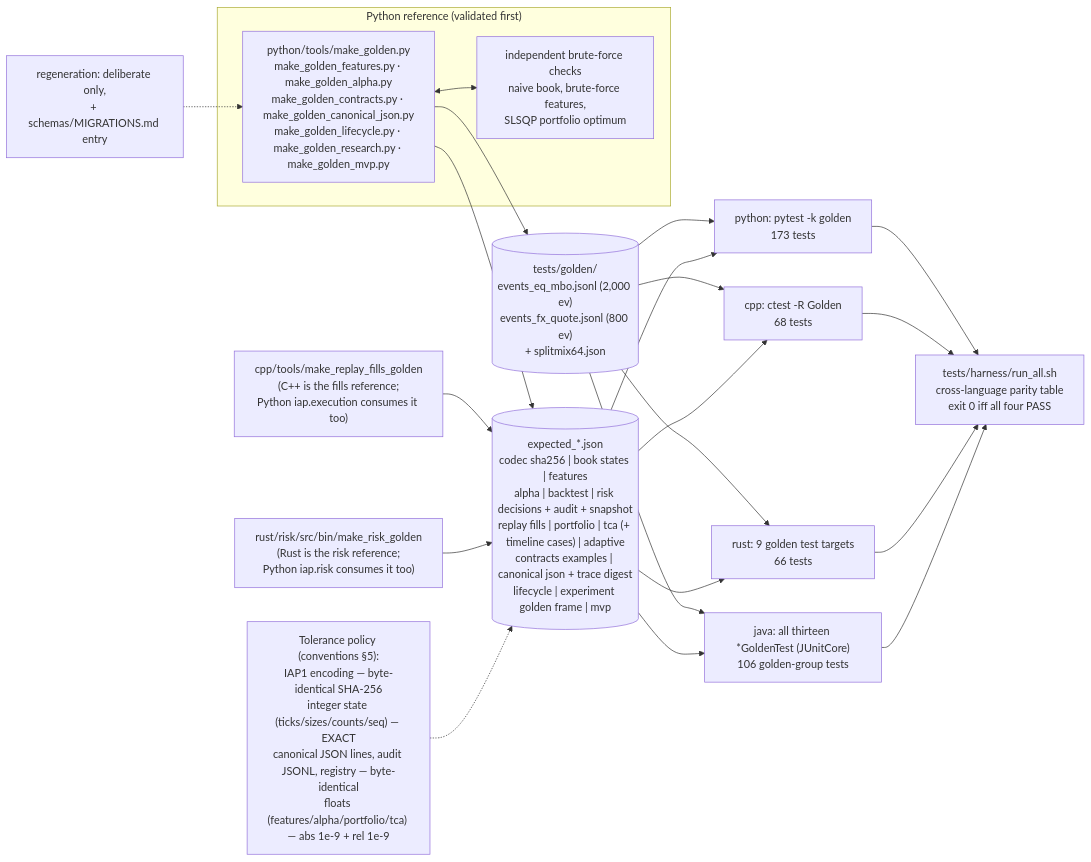
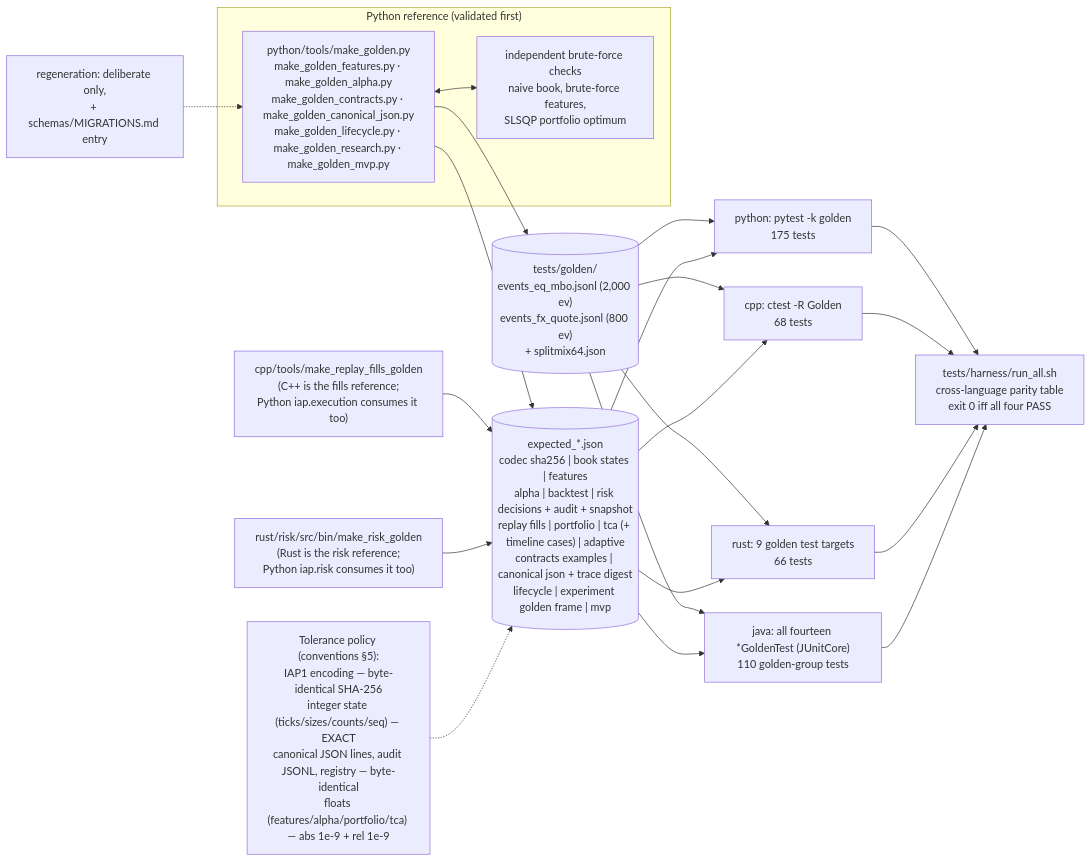
Before and after one commit to AshJha0/intraday-alpha-platform: the diagram in docs/diagrams/golden_topology.mmd, drawn with Mermaid. The commit also changed 40 other files, not shown here.

```diff
--- a/docs/diagrams/golden_topology.mmd
+++ b/docs/diagrams/golden_topology.mmd
@@ -1,24 +1,24 @@
 flowchart LR
     subgraph REF["Python reference (validated first)"]
         MG["python/tools/make_golden.py<br/>make_golden_features.py · make_golden_alpha.py<br/>make_golden_contracts.py · make_golden_canonical_json.py<br/>make_golden_lifecycle.py · make_golden_research.py · make_golden_mvp.py"]
         BF["independent brute-force checks<br/>naive book, brute-force features,<br/>SLSQP portfolio optimum"]
         MG <--> BF
     end
     MG --> GV[("tests/golden/<br/>events_eq_mbo.jsonl (2,000 ev)<br/>events_fx_quote.jsonl (800 ev)<br/>+ splitmix64.json")]
     MG --> EXP[("expected_*.json<br/>codec sha256 | book states | features<br/>alpha | backtest | risk decisions + audit + snapshot<br/>replay fills | portfolio | tca (+ timeline cases) | adaptive<br/>contracts examples | canonical json + trace digest<br/>lifecycle | experiment golden frame | mvp")]
     CPPTOOL["cpp/tools/make_replay_fills_golden<br/>(C++ is the fills reference;<br/>Python iap.execution consumes it too)"] --> EXP
     RSTOOL["rust/risk/src/bin/make_risk_golden<br/>(Rust is the risk reference;<br/>Python iap.risk consumes it too)"] --> EXP
-    GV --> PY["python: pytest -k golden<br/>173 tests"]
+    GV --> PY["python: pytest -k golden<br/>175 tests"]
     GV --> CPP["cpp: ctest -R Golden<br/>68 tests"]
     GV --> RS["rust: 9 golden test targets<br/>66 tests"]
-    GV --> JV["java: all thirteen *GoldenTest (JUnitCore)<br/>106 golden-group tests"]
+    GV --> JV["java: all fourteen *GoldenTest (JUnitCore)<br/>110 golden-group tests"]
     EXP --> PY
     EXP --> CPP
     EXP --> RS
     EXP --> JV
     PY --> TAB["tests/harness/run_all.sh<br/>cross-language parity table<br/>exit 0 iff all four PASS"]
     CPP --> TAB
     RS --> TAB
     JV --> TAB
     TOL["Tolerance policy (conventions §5):<br/>IAP1 encoding — byte-identical SHA-256<br/>integer state (ticks/sizes/counts/seq) — EXACT<br/>canonical JSON lines, audit JSONL, registry — byte-identical<br/>floats (features/alpha/portfolio/tca) — abs 1e-9 + rel 1e-9"] -.-> EXP
     MIG["regeneration: deliberate only,<br/>+ schemas/MIGRATIONS.md entry"] -.-> MG
```
